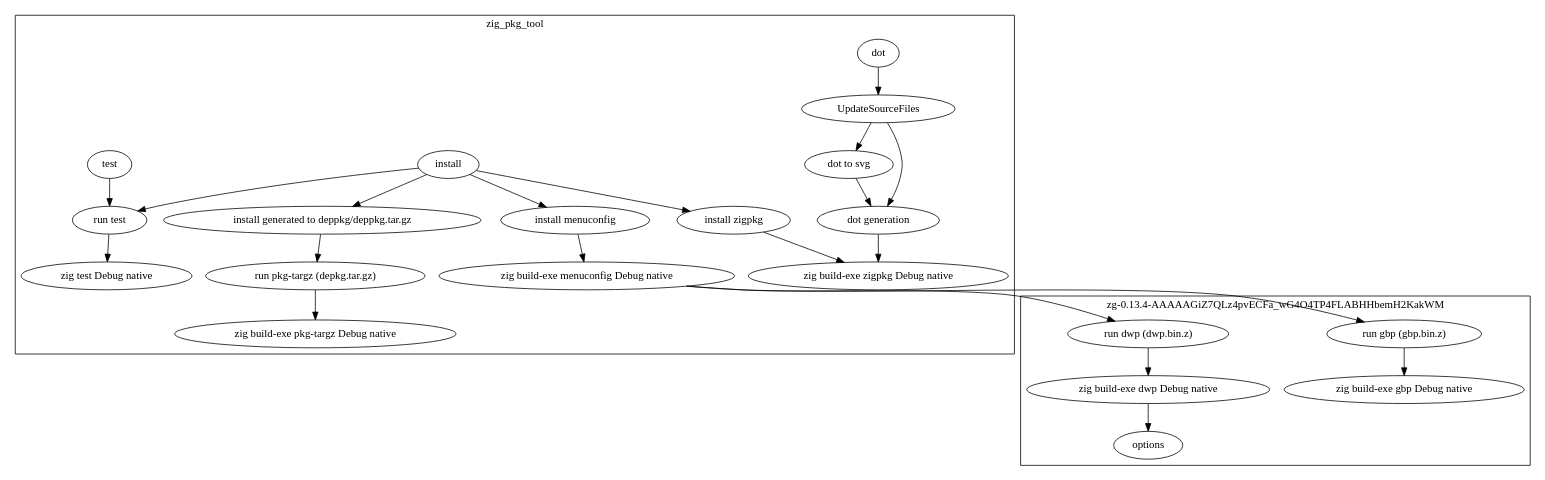
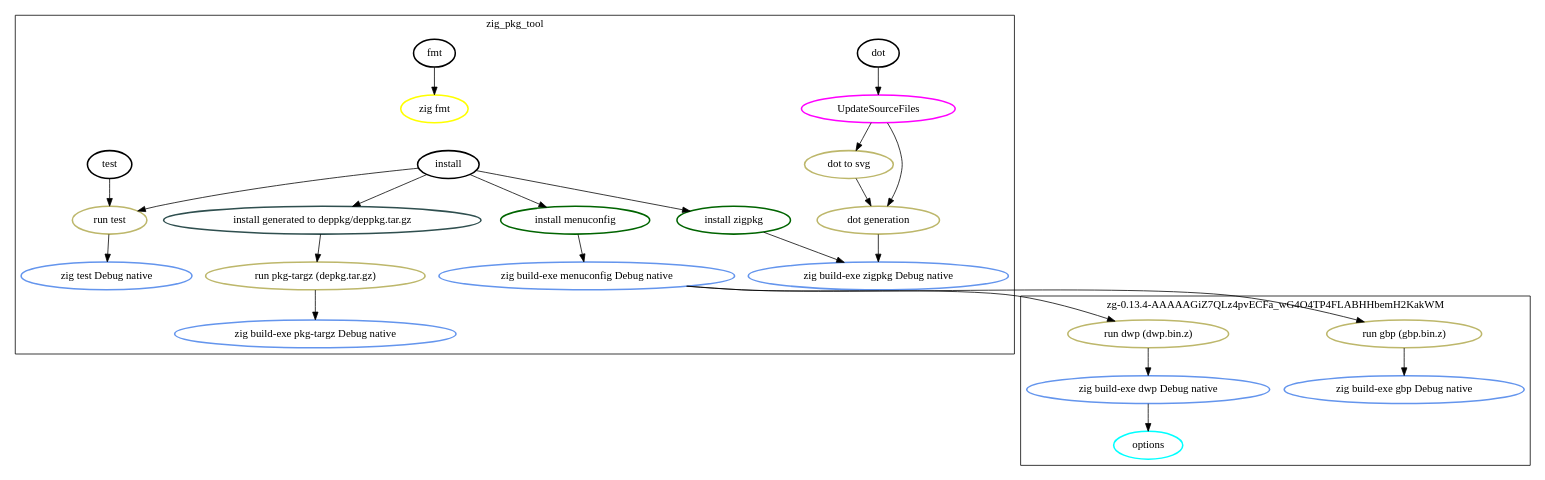
Before and after one commit to dasimmet/zig_pkg_tool: the diagram in graph.dot, drawn with Graphviz. The commit also changed 3 other files, not shown here.

```diff
--- a/graph.dot
+++ b/graph.dot
@@ -1,91 +1,104 @@
 digraph {
-"N0" [label="install", group="G0", tooltip="zig_pkg_tool"]
+"N0" [label="install", style="bold", color="#000000", group="G0", tooltip="zig_pkg_tool"]
 "N0" -> "N1"
 "N0" -> "N2"
 "N0" -> "N3"
 "N0" -> "N4"
-"N1" [label="install menuconfig", group="G0", tooltip="zig_pkg_tool"]
+"N1" [label="install menuconfig", style="bold", color="#006400", group="G0", tooltip="zig_pkg_tool"]
 "N1" -> "N5"
-"N5" [label="zig build-exe menuconfig Debug native", group="G0", tooltip="zig_pkg_tool"]
+"N5" [label="zig build-exe menuconfig Debug native", style="bold", color="#6495ed", group="G0", tooltip="zig_pkg_tool"]
 "N5" -> "N6"
 "N5" -> "N7"
-"N6" [label="run gbp (gbp.bin.z)", group="G1", tooltip="zg-0.13.4-AAAAAGiZ7QLz4pvECFa_wG4O4TP4FLABHHbemH2KakWM"]
+"N6" [label="run gbp (gbp.bin.z)", style="bold", color="#bdb76b", group="G1", tooltip="zg-0.13.4-AAAAAGiZ7QLz4pvECFa_wG4O4TP4FLABHHbemH2KakWM"]
 "N6" -> "N8"
-"N8" [label="zig build-exe gbp Debug native", group="G1", tooltip="zg-0.13.4-AAAAAGiZ7QLz4pvECFa_wG4O4TP4FLABHHbemH2KakWM"]
-"N7" [label="run dwp (dwp.bin.z)", group="G1", tooltip="zg-0.13.4-AAAAAGiZ7QLz4pvECFa_wG4O4TP4FLABHHbemH2KakWM"]
+"N8" [label="zig build-exe gbp Debug native", style="bold", color="#6495ed", group="G1", tooltip="zg-0.13.4-AAAAAGiZ7QLz4pvECFa_wG4O4TP4FLABHHbemH2KakWM"]
+"N7" [label="run dwp (dwp.bin.z)", style="bold", color="#bdb76b", group="G1", tooltip="zg-0.13.4-AAAAAGiZ7QLz4pvECFa_wG4O4TP4FLABHHbemH2KakWM"]
 "N7" -> "N9"
-"N9" [label="zig build-exe dwp Debug native", group="G1", tooltip="zg-0.13.4-AAAAAGiZ7QLz4pvECFa_wG4O4TP4FLABHHbemH2KakWM"]
+"N9" [label="zig build-exe dwp Debug native", style="bold", color="#6495ed", group="G1", tooltip="zg-0.13.4-AAAAAGiZ7QLz4pvECFa_wG4O4TP4FLABHHbemH2KakWM"]
 "N9" -> "N10"
-"N10" [label="options", group="G1", tooltip="zg-0.13.4-AAAAAGiZ7QLz4pvECFa_wG4O4TP4FLABHHbemH2KakWM"]
-"N2" [label="install generated to deppkg/deppkg.tar.gz", group="G0", tooltip="zig_pkg_tool"]
+"N10" [label="options", style="bold", color="#00ffff", group="G1", tooltip="zg-0.13.4-AAAAAGiZ7QLz4pvECFa_wG4O4TP4FLABHHbemH2KakWM"]
+"N2" [label="install generated to deppkg/deppkg.tar.gz", style="bold", color="#2f4f4f", group="G0", tooltip="zig_pkg_tool"]
 "N2" -> "N11"
-"N11" [label="run pkg-targz (depkg.tar.gz)", group="G0", tooltip="zig_pkg_tool"]
+"N11" [label="run pkg-targz (depkg.tar.gz)", style="bold", color="#bdb76b", group="G0", tooltip="zig_pkg_tool"]
 "N11" -> "N12"
-"N12" [label="zig build-exe pkg-targz Debug native", group="G0", tooltip="zig_pkg_tool"]
-"N3" [label="install zigpkg", group="G0", tooltip="zig_pkg_tool"]
+"N12" [label="zig build-exe pkg-targz Debug native", style="bold", color="#6495ed", group="G0", tooltip="zig_pkg_tool"]
+"N3" [label="install zigpkg", style="bold", color="#006400", group="G0", tooltip="zig_pkg_tool"]
 "N3" -> "N13"
-"N13" [label="zig build-exe zigpkg Debug native", group="G0", tooltip="zig_pkg_tool"]
-"N4" [label="run test", group="G0", tooltip="zig_pkg_tool"]
+"N13" [label="zig build-exe zigpkg Debug native", style="bold", color="#6495ed", group="G0", tooltip="zig_pkg_tool"]
+"N4" [label="run test", style="bold", color="#bdb76b", group="G0", tooltip="zig_pkg_tool"]
 "N4" -> "N14"
-"N14" [label="zig test Debug native", group="G0", tooltip="zig_pkg_tool"]
-"N15" [label="dot", group="G0", tooltip="zig_pkg_tool"]
+"N14" [label="zig test Debug native", style="bold", color="#6495ed", group="G0", tooltip="zig_pkg_tool"]
+"N15" [label="dot", style="bold", color="#000000", group="G0", tooltip="zig_pkg_tool"]
 "N15" -> "N16"
-"N16" [label="UpdateSourceFiles", group="G0", tooltip="zig_pkg_tool"]
+"N16" [label="UpdateSourceFiles", style="bold", color="#ff00ff", group="G0", tooltip="zig_pkg_tool"]
 "N16" -> "N17"
 "N16" -> "N18"
-"N17" [label="dot generation", group="G0", tooltip="zig_pkg_tool"]
+"N17" [label="dot generation", style="bold", color="#bdb76b", group="G0", tooltip="zig_pkg_tool"]
 "N17" -> "N13"
-"N18" [label="dot to svg", group="G0", tooltip="zig_pkg_tool"]
+"N18" [label="dot to svg", style="bold", color="#bdb76b", group="G0", tooltip="zig_pkg_tool"]
 "N18" -> "N17"
-"N19" [label="test", group="G0", tooltip="zig_pkg_tool"]
+"N19" [label="test", style="bold", color="#000000", group="G0", tooltip="zig_pkg_tool"]
 "N19" -> "N4"
+"N20" [label="fmt", style="bold", color="#000000", group="G0", tooltip="zig_pkg_tool"]
+"N20" -> "N21"
+"N21" [label="zig fmt", style="bold", color="#ffff00", group="G0", tooltip="zig_pkg_tool"]
 subgraph cluster_0 {
   cluster = true
   label = "zig_pkg_tool"
   "N0"
   "N1"
   "N5"
   "N2"
   "N11"
   "N12"
   "N3"
   "N13"
   "N4"
   "N14"
 }
 subgraph cluster_1 {
   cluster = true
   label = "zg-0.13.4-AAAAAGiZ7QLz4pvECFa_wG4O4TP4FLABHHbemH2KakWM"
   "N6"
   "N8"
   "N7"
   "N9"
   "N10"
 }
 subgraph cluster_0 {
   cluster = true
   label = "zig_pkg_tool"
   "N15"
   "N16"
   "N17"
   "N13"
   "N18"
   "N17"
   "N13"
 }
 subgraph cluster_1 {
   cluster = true
   label = "zg-0.13.4-AAAAAGiZ7QLz4pvECFa_wG4O4TP4FLABHHbemH2KakWM"
 }
 subgraph cluster_0 {
   cluster = true
   label = "zig_pkg_tool"
   "N19"
   "N4"
   "N14"
 }
 subgraph cluster_1 {
   cluster = true
   label = "zg-0.13.4-AAAAAGiZ7QLz4pvECFa_wG4O4TP4FLABHHbemH2KakWM"
 }
+subgraph cluster_0 {
+  cluster = true
+  label = "zig_pkg_tool"
+  "N20"
+  "N21"
 }
+subgraph cluster_1 {
+  cluster = true
+  label = "zg-0.13.4-AAAAAGiZ7QLz4pvECFa_wG4O4TP4FLABHHbemH2KakWM"
+}
+}
```
